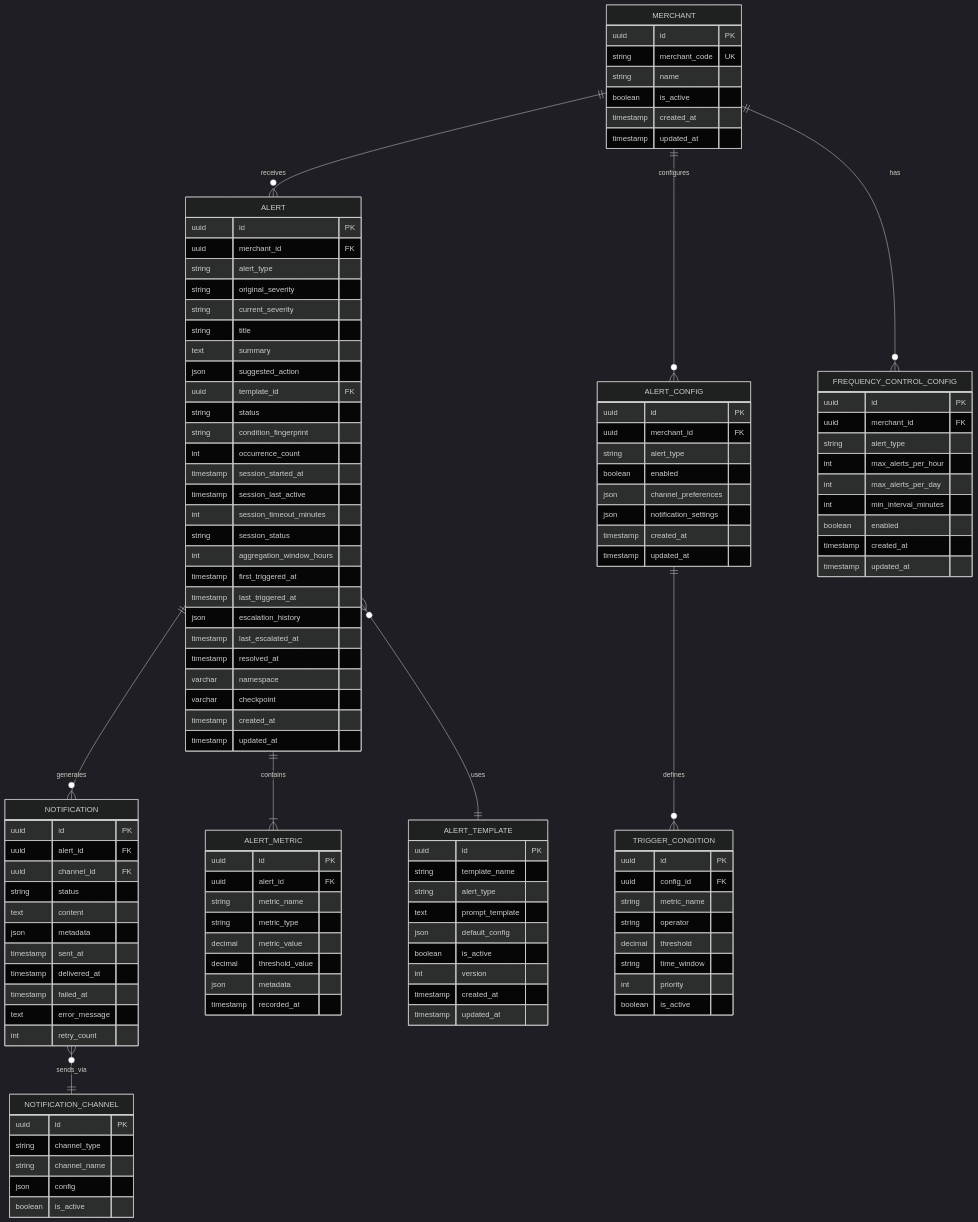
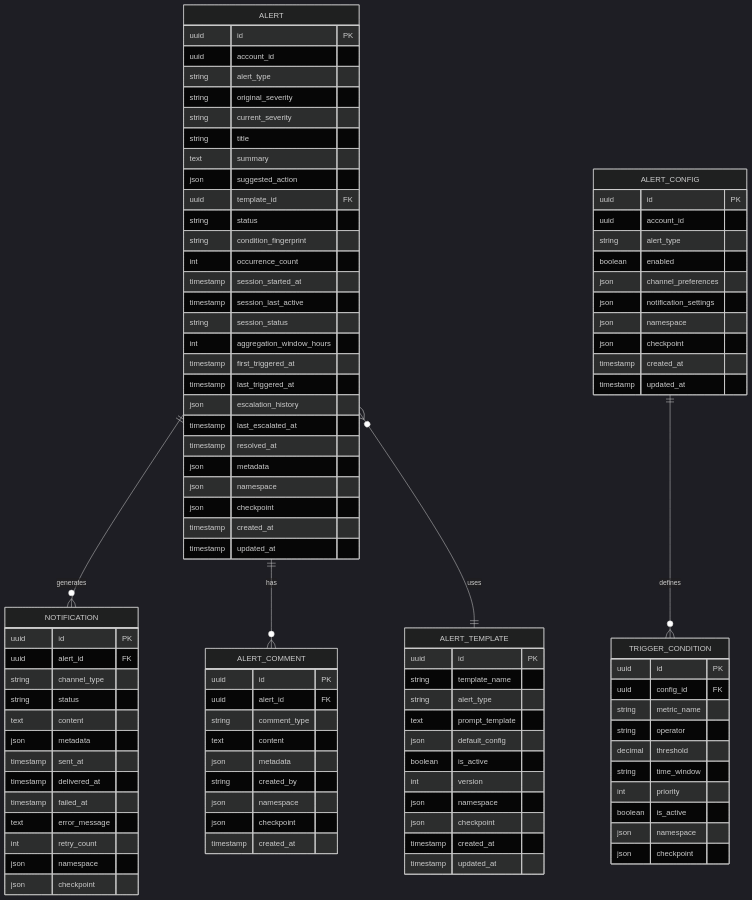
One commit to smarttttttt/AwxSentinel changed the ninth of 10 diagrams in AlertSystemDesign_CN.md. Above: the diagram before and after it, drawn with Mermaid (dark theme). The commit also changed other lines of this file and 1 other file, not shown here.

Commit message:
refactor: simplify data model by removing tables and adding metadata
Major Changes:
- Remove MERCHANT table (use account_id directly)
- Remove NOTIFICATION_CHANNEL table (use channel_type string)
- Remove FREQUENCY_CONTROL_CONFIG table (move to config center)
- Remove ALERT_METRIC table (use metadata field instead)
- Add ALERT_COMMENT table for trigger events and user notes

ALERT table changes:
- merchant_id → account_id
- Remove: session_timeout_minutes (use default 15min)
- Add: metadata (json) - store first/latest trigger metadata
- namespace, checkpoint: varchar → json

ALERT_COMMENT table (new):
- Records each trigger event with metadata snapshot
- Supports: TRIGGER_EVENT, SEVERITY_ESCALATION, USER_NOTE, SYSTEM_LOG
- Links to alert_id with metadata field

NOTIFICATION table changes:
- channel_id (FK) → channel_type (string)
- Add: namespace, checkpoint (json)

All tables add:
- namespace (json) - multi-tenant isolation
- checkpoint (json) - data sync marker

Benefits:
- Simpler architecture (6 tables instead of 9)
- Self-contained metadata in ALERT and ALERT_COMMENT
- No JOIN needed for trigger history
- Clearer data ownership

Update both CN and EN documentation

````diff
--- a/AlertSystemDesign_CN.md
+++ b/AlertSystemDesign_CN.md
@@ -550,29 +550,14 @@
 ```mermaid
 erDiagram
-    MERCHANT ||--o{ ALERT : "receives"
-    MERCHANT ||--o{ ALERT_CONFIG : "configures"
-    MERCHANT ||--o{ FREQUENCY_CONTROL_CONFIG : "has"
-
     ALERT ||--o{ NOTIFICATION : "generates"
-    ALERT ||--|{ ALERT_METRIC : "contains"
+    ALERT ||--o{ ALERT_COMMENT : "has"
     ALERT }o--|| ALERT_TEMPLATE : "uses"
-
-    NOTIFICATION }o--|| NOTIFICATION_CHANNEL : "sends_via"
 
     ALERT_CONFIG ||--o{ TRIGGER_CONDITION : "defines"
 
-    MERCHANT {
-        uuid id PK
-        string merchant_code UK
-        string name
-        boolean is_active
-        timestamp created_at
-        timestamp updated_at
-    }
-
     ALERT {
         uuid id PK
-        uuid merchant_id FK
+        uuid account_id
         string alert_type
         string original_severity
         string current_severity
@@ -585,7 +570,6 @@
         int occurrence_count
         timestamp session_started_at
         timestamp session_last_active
-        int session_timeout_minutes
         string session_status
         int aggregation_window_hours
         timestamp first_triggered_at
@@ -593,21 +577,23 @@
         json escalation_history
         timestamp last_escalated_at
         timestamp resolved_at
-        varchar namespace
-        varchar checkpoint
+        json metadata
+        json namespace
+        json checkpoint
         timestamp created_at
         timestamp updated_at
     }
 
-    ALERT_METRIC {
+    ALERT_COMMENT {
         uuid id PK
         uuid alert_id FK
-        string metric_name
-        string metric_type
-        decimal metric_value
-        decimal threshold_value
+        string comment_type
+        text content
         json metadata
-        timestamp recorded_at
+        string created_by
+        json namespace
+        json checkpoint
+        timestamp created_at
     }
 
     ALERT_TEMPLATE {
@@ -618,6 +604,8 @@
         json default_config
         boolean is_active
         int version
+        json namespace
+        json checkpoint
         timestamp created_at
         timestamp updated_at
     }
@@ -625,7 +613,7 @@
     NOTIFICATION {
         uuid id PK
         uuid alert_id FK
-        uuid channel_id FK
+        string channel_type
         string status
         text content
         json metadata
@@ -634,23 +622,19 @@
         timestamp failed_at
         text error_message
         int retry_count
-    }
-
-    NOTIFICATION_CHANNEL {
-        uuid id PK
-        string channel_type
-        string channel_name
-        json config
-        boolean is_active
+        json namespace
+        json checkpoint
     }
 
     ALERT_CONFIG {
         uuid id PK
-        uuid merchant_id FK
+        uuid account_id
         string alert_type
         boolean enabled
         json channel_preferences
         json notification_settings
+        json namespace
+        json checkpoint
         timestamp created_at
         timestamp updated_at
     }
@@ -664,17 +648,7 @@
         string time_window
         int priority
         boolean is_active
-    }
-
-    FREQUENCY_CONTROL_CONFIG {
-        uuid id PK
-        uuid merchant_id FK
-        string alert_type
-        int max_alerts_per_hour
-        int max_alerts_per_day
-        int min_interval_minutes
-        boolean enabled
-        timestamp created_at
-        timestamp updated_at
+        json namespace
+        json checkpoint
     }
 ```
````
